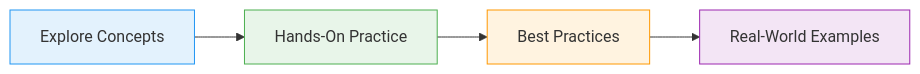
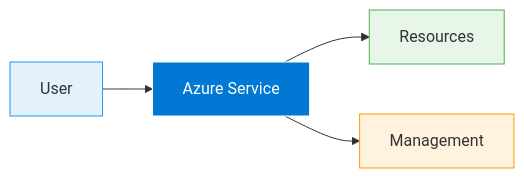
Before and after one commit to sixeyed/azure-az204: the diagram in slides/storage-files/006.md, drawn with Mermaid. The commit also changed other lines of this file and 452 other files, not shown here.

````diff
--- a/slides/storage-files/006.md
+++ b/slides/storage-files/006.md
@@ -7,11 +7,11 @@
 ```mermaid
 graph LR
-    A[Explore Concepts] --> B[Hands-On Practice]
-    B --> C[Best Practices]
-    C --> D[Real-World Examples]
+    A[User] --> B[Azure Service]
+    B --> C[Resources]
+    B --> D[Management]
 
+    style B fill:#0078d4,stroke:#fff,color:#fff
     style A fill:#e3f2fd,stroke:#2196f3
-    style B fill:#e8f5e9,stroke:#4caf50
-    style C fill:#fff3e0,stroke:#ff9800
-    style D fill:#f3e5f5,stroke:#9c27b0
+    style C fill:#e8f5e9,stroke:#4caf50
+    style D fill:#fff3e0,stroke:#ff9800
 ```
````
